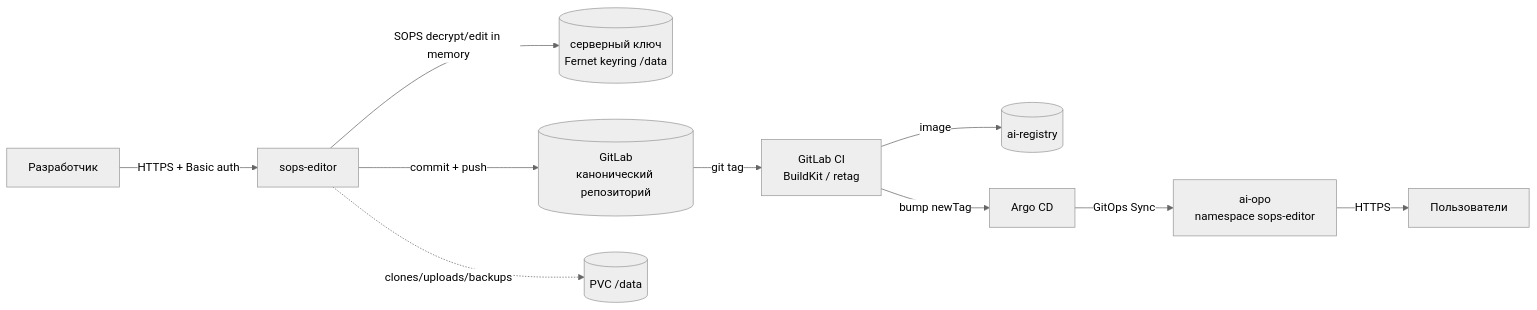
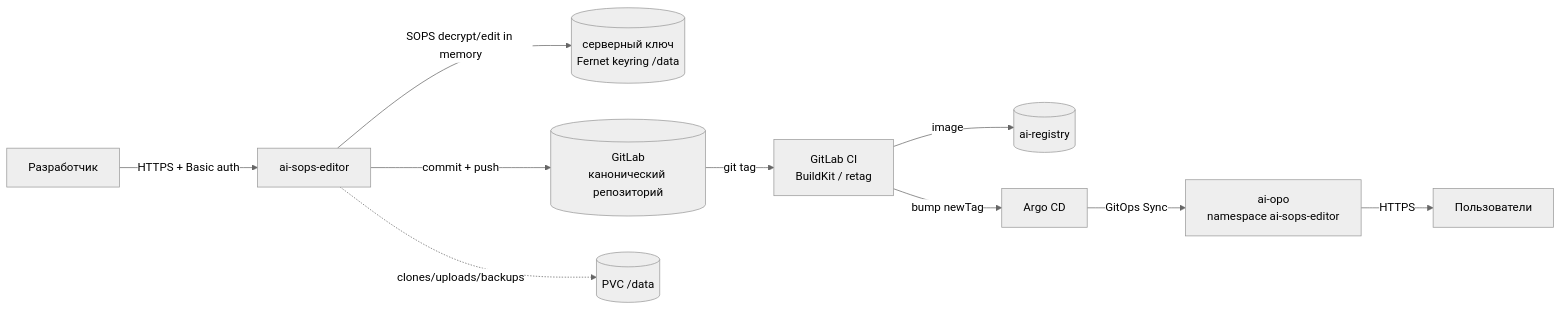
Before and after one commit to DzmitrySha/sops-editor: the diagram in README.md, drawn with Mermaid (neutral theme). The commit also changed other lines of this file and 32 other files, not shown here.

First line of the commit message:
chore: rename deployment identity to ai-sops-editor

````diff
--- a/README.md
+++ b/README.md
@@ -65,12 +65,12 @@
 ```mermaid
 flowchart LR
-  dev[Разработчик] -->|HTTPS + Basic auth| web[sops-editor]
+  dev[Разработчик] -->|HTTPS + Basic auth| web[ai-sops-editor]
   web -->|SOPS decrypt/edit in memory| key[(серверный ключ<br/>Fernet keyring /data)]
   web -->|commit + push| gl[(GitLab<br/>канонический репозиторий)]
   gl -->|git tag| ci[GitLab CI<br/>BuildKit / retag]
   ci -->|image| reg[(ai-registry)]
   ci -->|bump newTag| argo[Argo CD]
-  argo -->|GitOps Sync| k8s[ai-opo<br/>namespace sops-editor]
+  argo -->|GitOps Sync| k8s[ai-opo<br/>namespace ai-sops-editor]
   k8s -->|HTTPS| users[Пользователи]
   web -.->|clones/uploads/backups| pvc[(PVC /data)]
 ```
````
